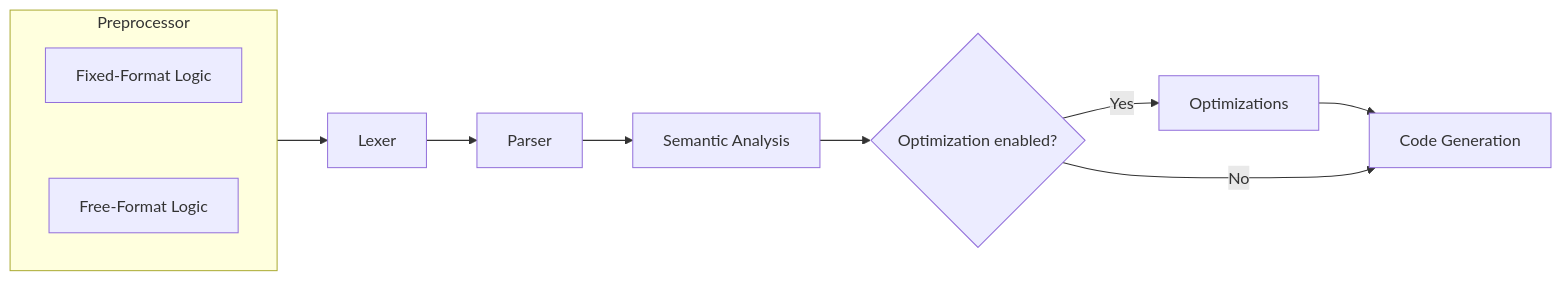
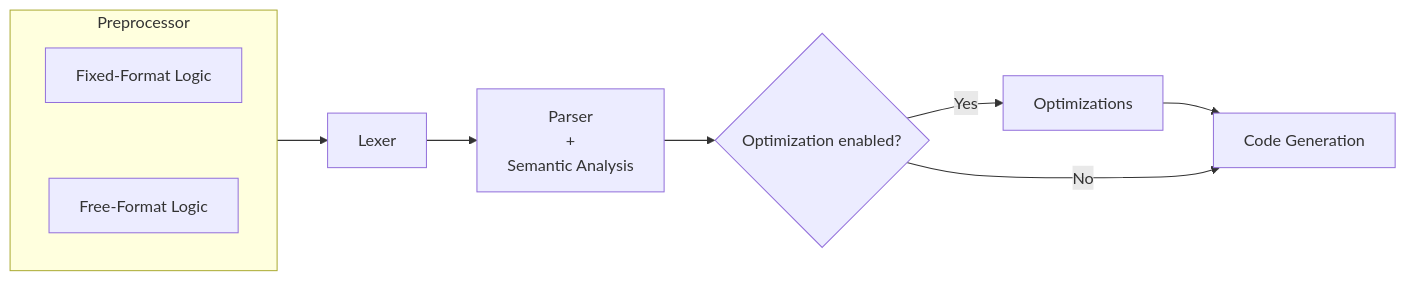
One commit to migueltc13/project-LP changed the diagram in README.md. Above: the diagram before and after it, drawn with Mermaid.

Commit message:
docs(README.md): update "Compiler Pipeline"

````diff
--- a/README.md
+++ b/README.md
@@ -44,25 +44,25 @@
 ```mermaid
 graph LR
     %% Modules
     subgraph PRE[Preprocessor]
         direction TB
         P_FIXED[Fixed-Format Logic]
         P_FREE[Free-Format Logic]
         P_FIXED ~~~ P_FREE
     end
     LEX[Lexer]
-    PARSER[Parser]
-    SEMANTIC[Semantic Analysis]
+    PARSER["Parser
+            +
+            Semantic Analysis"]
     DECIDE{"Optimization enabled?"}
     OPT[Optimizations]
     GEN[Code Generation]
 
     %% Connections
     PRE      --> LEX
     LEX      --> PARSER
-    PARSER   --> SEMANTIC
-    SEMANTIC --> DECIDE
+    PARSER   --> DECIDE
     DECIDE   -->|"Yes"| OPT
     OPT      --> GEN
     DECIDE   -->|"No"| GEN
 ```
````
